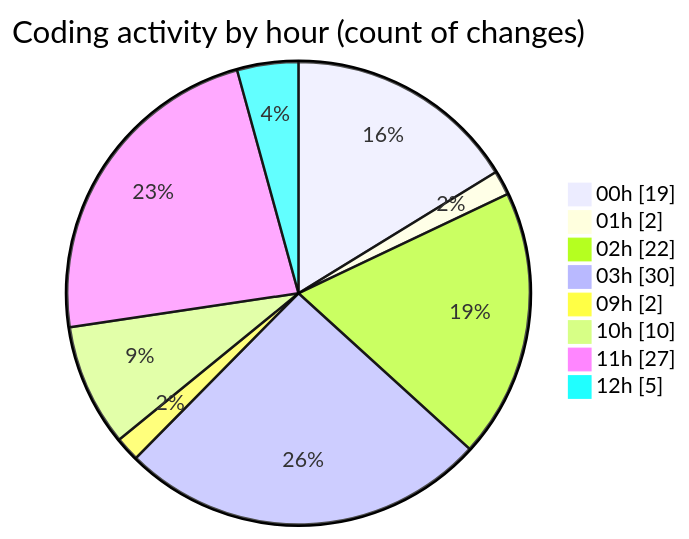
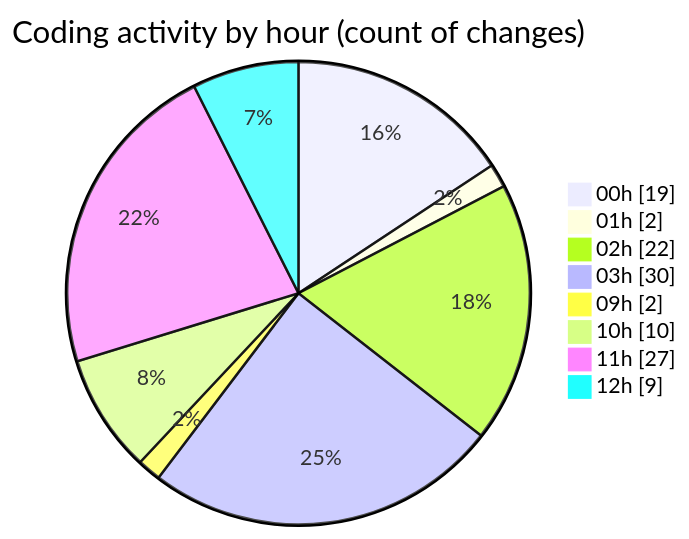
One commit to julien-gomy/code-tracking changed the second of 2 diagrams in 2025-10-21/eventscop-frontend-guide__workspace_/README.md. Above: the diagram before and after it, drawn with Mermaid. The commit also changed other lines of this file and 1 other file, not shown here.

````diff
--- a/2025-10-21/eventscop-frontend-guide__workspace_/README.md
+++ b/2025-10-21/eventscop-frontend-guide__workspace_/README.md
@@ -49,12 +53,12 @@
 ```mermaid
 pie showData
 title Coding activity by hour (count of changes)
 "00h" : 19
 "01h" : 2
 "02h" : 22
 "03h" : 30
 "09h" : 2
 "10h" : 10
 "11h" : 27
-"12h" : 5
+"12h" : 9
 ```
````
